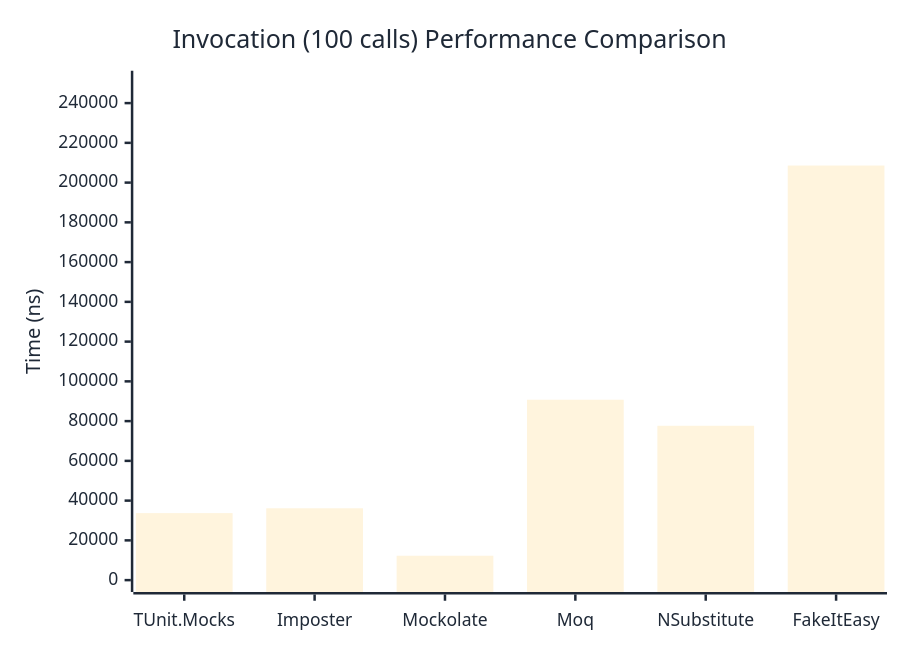
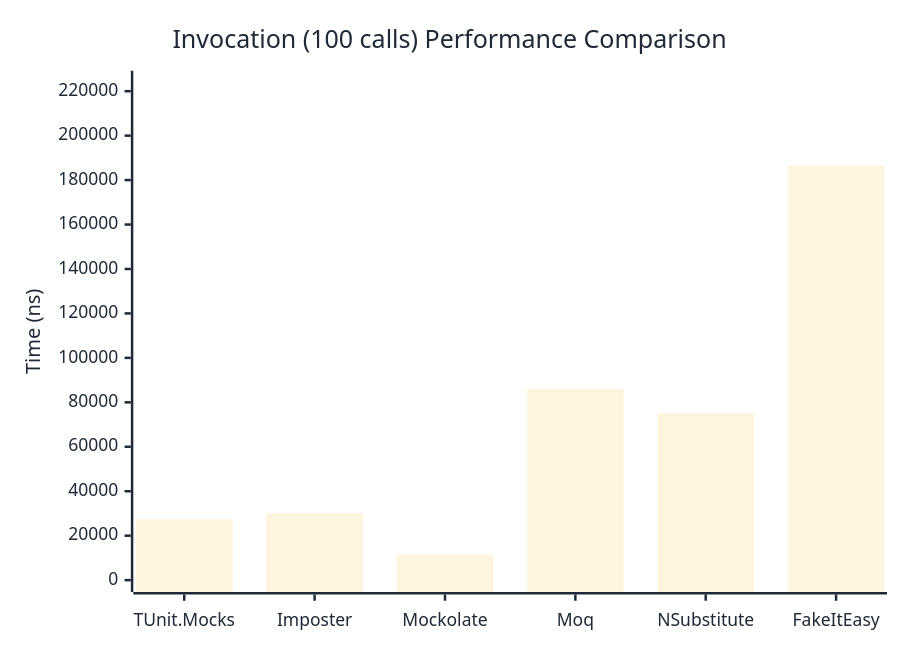
The third of 3 diagrams in docs/docs/benchmarks/mocks/Invocation.md (thomhurst/TUnit), drawn with Mermaid before and after one commit. The commit also changed other lines of this file and 14 other files, not shown here.

````diff
--- a/docs/docs/benchmarks/mocks/Invocation.md
+++ b/docs/docs/benchmarks/mocks/Invocation.md
@@ -112,27 +112,27 @@
 ```mermaid
 %%{init: {
   'theme':'base',
   'themeVariables': {
     'primaryColor': '#2563eb',
     'primaryTextColor': '#1f2937',
     'primaryBorderColor': '#1e40af',
     'lineColor': '#6b7280',
     'secondaryColor': '#7c3aed',
     'tertiaryColor': '#dc2626',
     'background': '#ffffff',
     'pie1': '#2563eb',
     'pie2': '#7c3aed',
     'pie3': '#dc2626',
     'pie4': '#f59e0b',
     'pie5': '#10b981',
     'pie6': '#06b6d4',
     'pie7': '#ec4899',
     'pie8': '#6366f1'
   }
 }}%%
 xychart-beta
   title "Invocation (100 calls) Performance Comparison"
   x-axis ["TUnit.Mocks", "Imposter", "Mockolate", "Moq", "NSubstitute", "FakeItEasy"]
-  y-axis "Time (ns)" 0 --> 250302
-  bar [33720.3, 36141.9, 12277.7, 90762.2, 77662.3, 208584.9]
+  y-axis "Time (ns)" 0 --> 223854
+  bar [27360, 30120.1, 11402.9, 86067.1, 75180.6, 186544.5]
 ```
````
